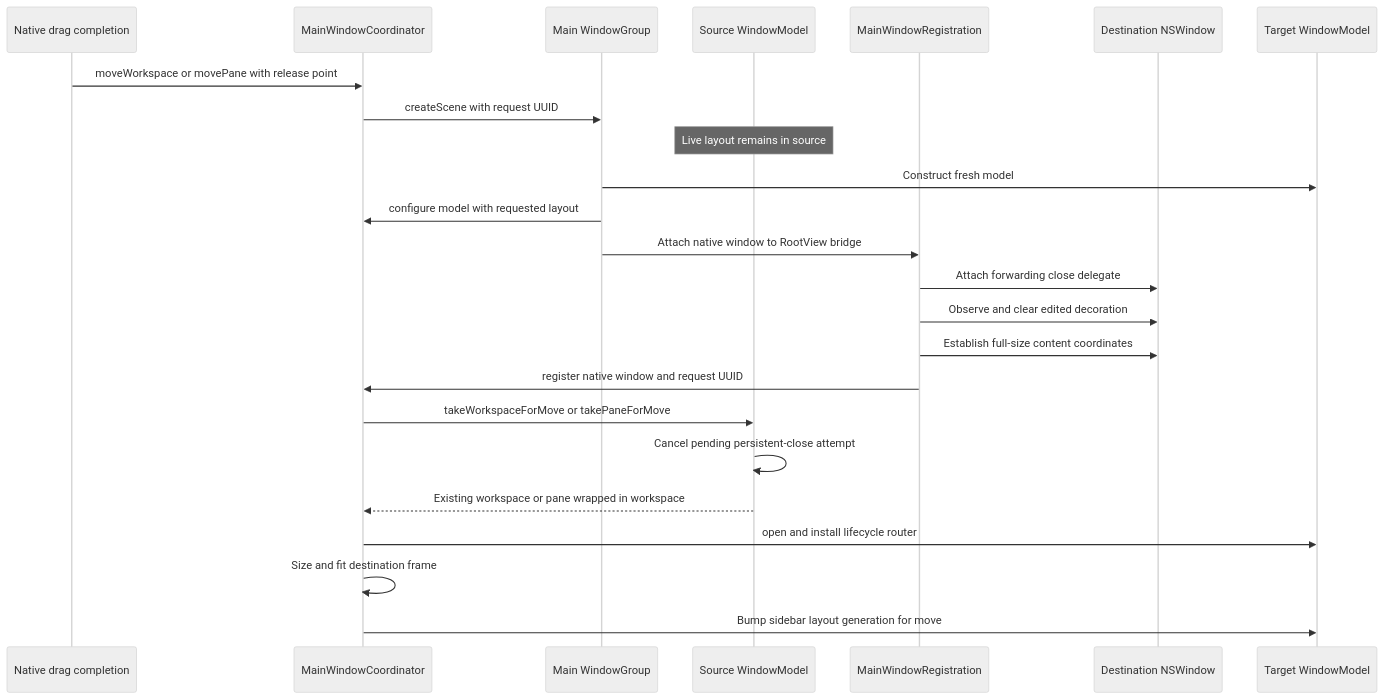
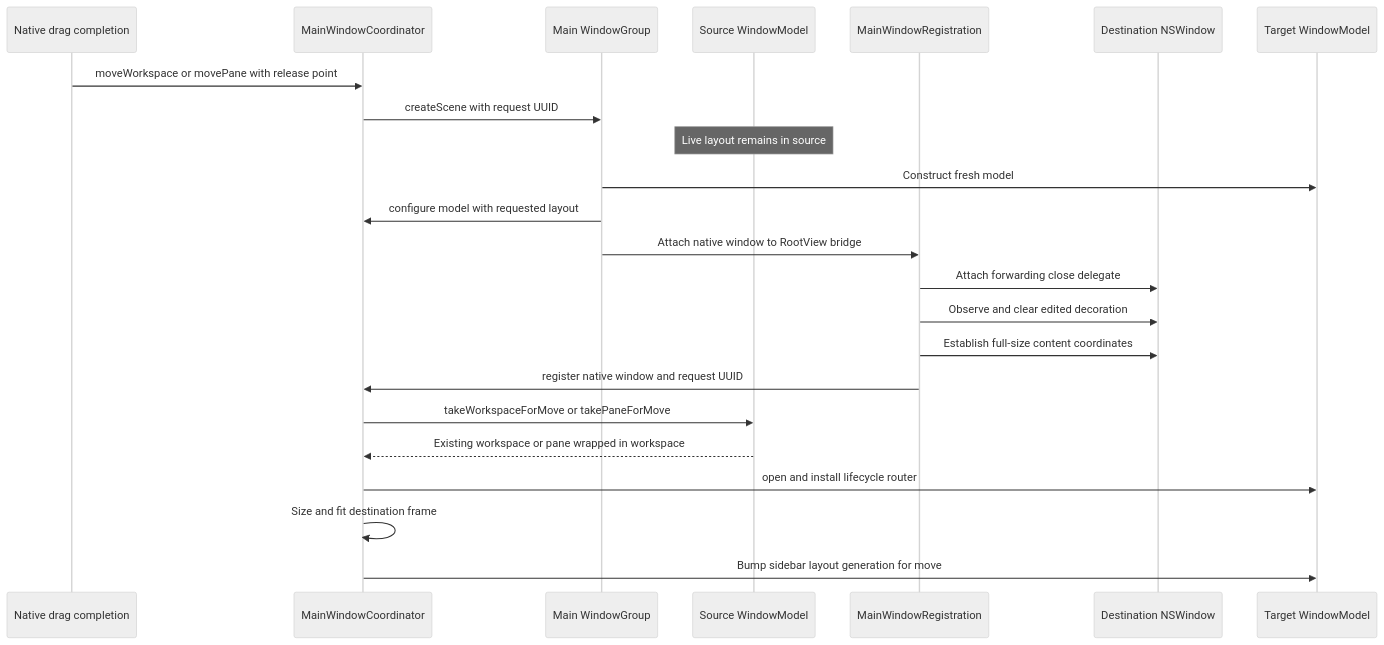
The diagram in openwiki/workflows/desktop-drag-and-drop.md (AkinoKaede/Termind), drawn with Mermaid (neutral theme) before and after one commit. The commit also changed other lines of this file and 61 other files, not shown here.

````diff
--- a/openwiki/workflows/desktop-drag-and-drop.md
+++ b/openwiki/workflows/desktop-drag-and-drop.md
@@ -189,26 +189,25 @@
 ```mermaid
 sequenceDiagram
     participant Drag as Native drag completion
     participant Coordinator as MainWindowCoordinator
     participant Scene as Main WindowGroup
     participant Source as Source WindowModel
     participant Bridge as MainWindowRegistration
     participant Native as Destination NSWindow
     participant Target as Target WindowModel
     Drag->>Coordinator: moveWorkspace or movePane with release point
     Coordinator->>Scene: createScene with request UUID
     Note over Source: Live layout remains in source
     Scene->>Target: Construct fresh model
     Scene->>Coordinator: configure model with requested layout
     Scene->>Bridge: Attach native window to RootView bridge
     Bridge->>Native: Attach forwarding close delegate
     Bridge->>Native: Observe and clear edited decoration
     Bridge->>Native: Establish full-size content coordinates
     Bridge->>Coordinator: register native window and request UUID
     Coordinator->>Source: takeWorkspaceForMove or takePaneForMove
-    Source->>Source: Cancel pending persistent-close attempt
     Source-->>Coordinator: Existing workspace or pane wrapped in workspace
     Coordinator->>Target: open and install lifecycle router
     Coordinator->>Coordinator: Size and fit destination frame
     Coordinator->>Target: Bump sidebar layout generation for move
 ```
````
